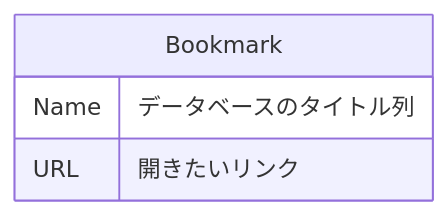
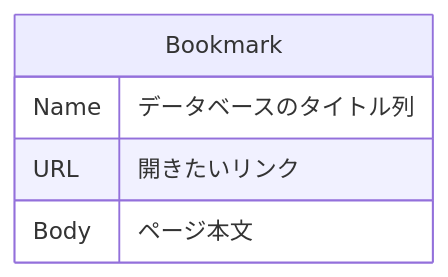
The first of 2 diagrams in README.md (kuroweb/raycast-notion-bookmark), drawn with Mermaid before and after one commit. The commit also changed other lines of this file, not shown here.

````diff
--- a/README.md
+++ b/README.md
@@ -11,7 +11,8 @@
   ```mermaid
   erDiagram
       Bookmark {
           Name データベースのタイトル列
           URL 開きたいリンク
+          Body ページ本文
       }
   ```
````
